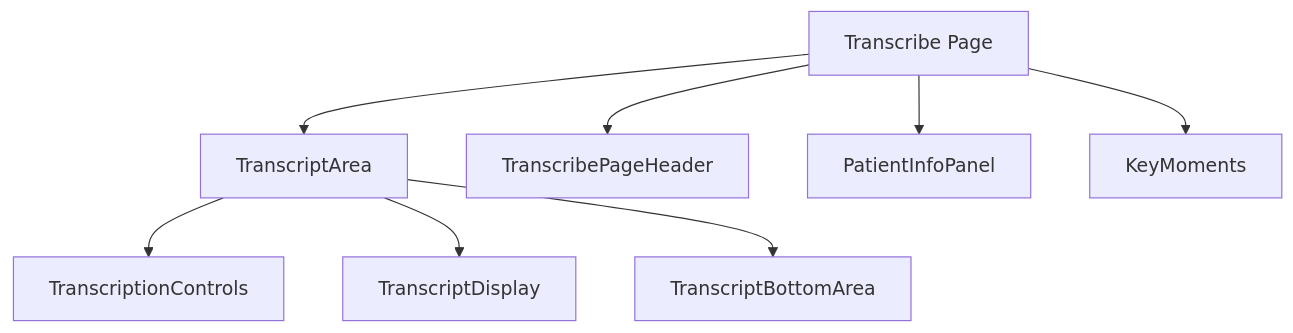
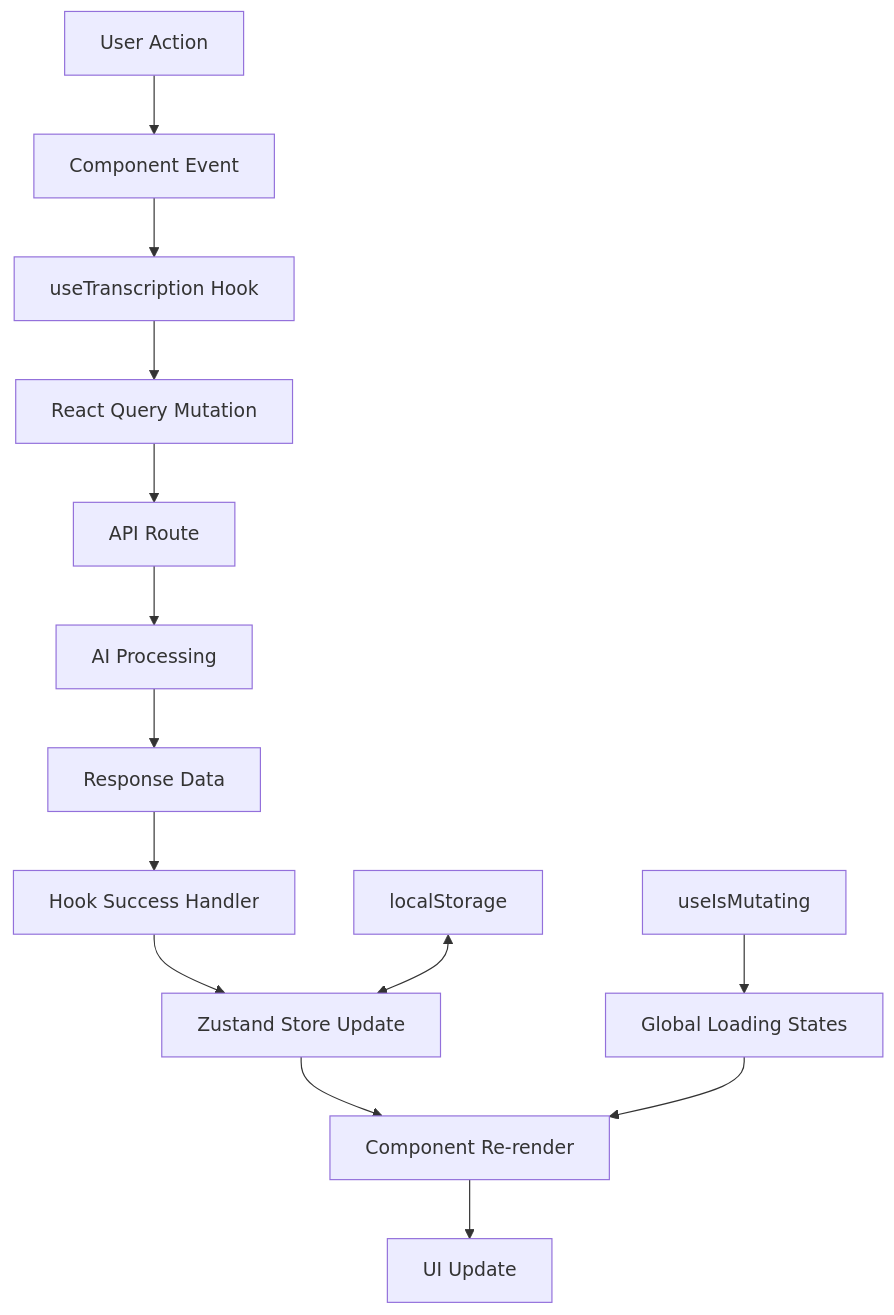
One commit to robertsthomas/deeperscribe changed the sixth of 6 diagrams in docs/ARCHITECTURE.md. Above: the diagram before and after it, drawn with Mermaid. The commit also changed other lines of this file, not shown here.

Commit message:
update architecture

````diff
--- a/docs/ARCHITECTURE.md
+++ b/docs/ARCHITECTURE.md
@@ -98,10 +306,17 @@
 ```mermaid
-graph TD
-  A[Transcribe Page] --> B[TranscriptArea]
-  A --> C[TranscribePageHeader]
-  A --> D[PatientInfoPanel]
-  A --> E[KeyMoments]
-  B --> B1[TranscriptionControls]
-  B --> B2[TranscriptDisplay]
-  B --> B3[TranscriptBottomArea]
+flowchart TD
+  A[User Action] --> B[Component Event]
+  B --> C[useTranscription Hook]
+  C --> D[React Query Mutation]
+  D --> E[API Route]
+  E --> F[AI Processing]
+  F --> G[Response Data]
+  G --> H[Hook Success Handler]
+  H --> I[Zustand Store Update]
+  I --> J[Component Re-render]
+  J --> K[UI Update]
+  
+  L[localStorage] <--> I
+  M[useIsMutating] --> N[Global Loading States]
+  N --> J
 ```
````
